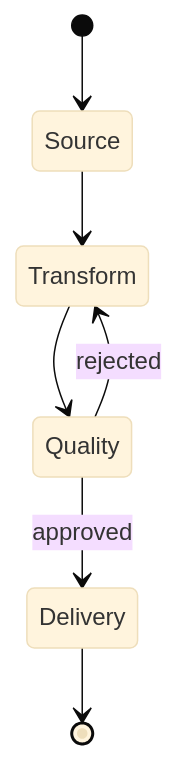
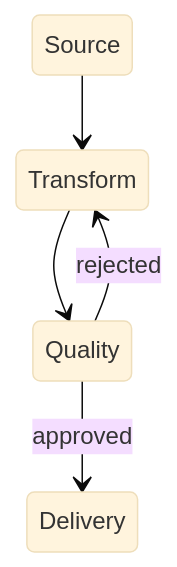
The fourth of 5 diagrams in src/rulesync/.rulesync/skills/mols-mermaid-diagram/references/examples/state-diagram.md (mols3131d/mols-agent-assets), drawn with Mermaid (base theme) before and after one commit. The commit also changed other lines of this file, not shown here.

Commit message:
refactor(mermaid): state 분할 지침 개선

````diff
--- a/src/rulesync/.rulesync/skills/mols-mermaid-diagram/references/examples/state-diagram.md
+++ b/src/rulesync/.rulesync/skills/mols-mermaid-diagram/references/examples/state-diagram.md
@@ -78,9 +76,7 @@
 ```mermaid
 stateDiagram-v2
-    [*] --> Source
     Source --> Transform
     Transform --> Quality
     Quality --> Delivery: approved
     Quality --> Transform: rejected
-    Delivery --> [*]
 ```
````
